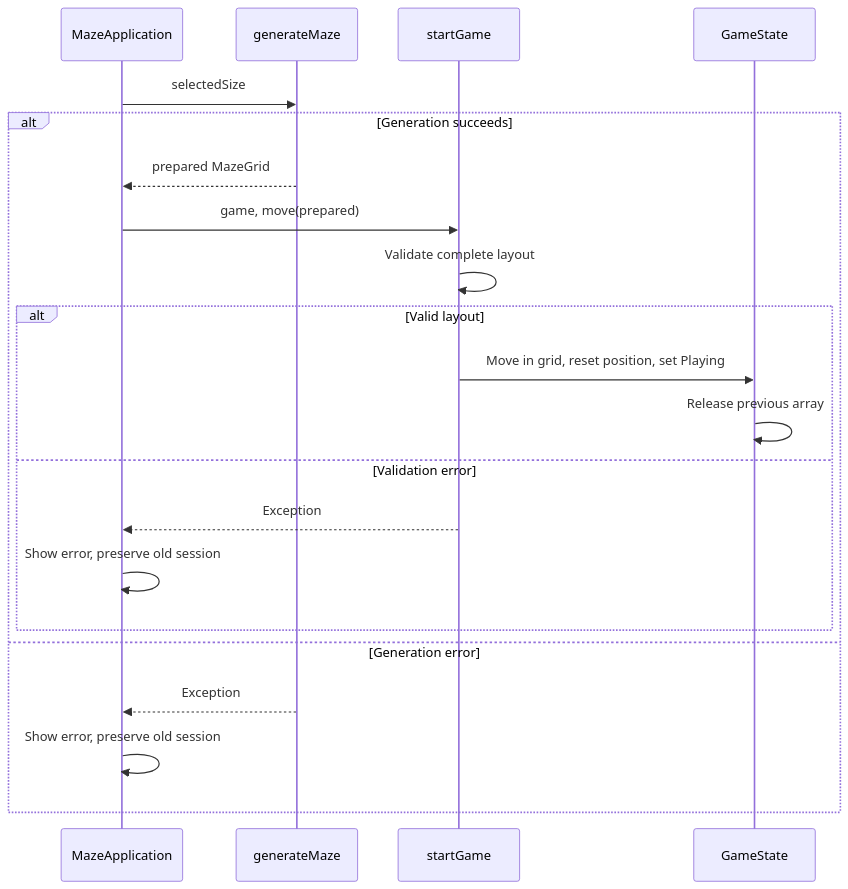
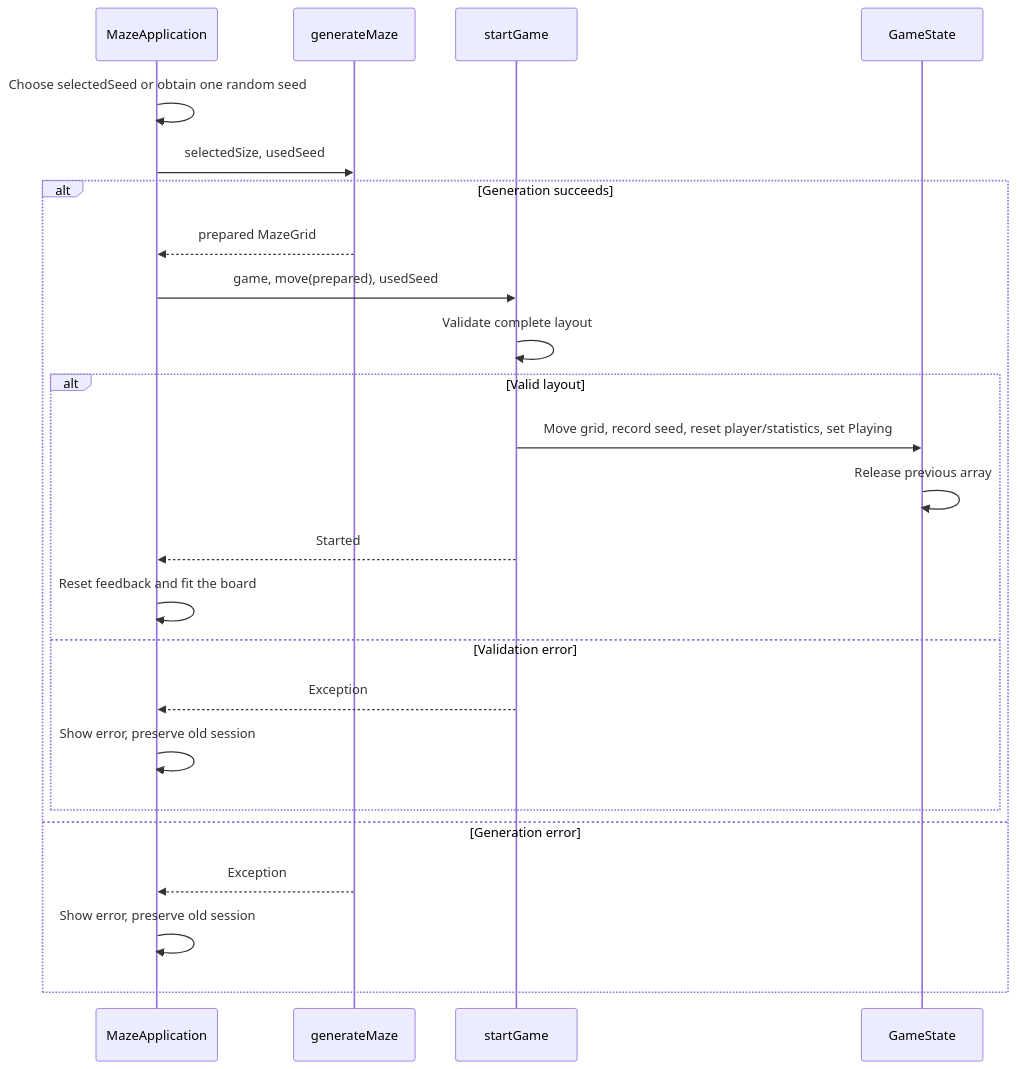
The third of 6 diagrams in docs/ALGORITHMS.md (RMKolibarov24/NXRP), drawn with Mermaid before and after one commit. The commit also changed other lines of this file and 5 other files, not shown here.

````diff
--- a/docs/ALGORITHMS.md
+++ b/docs/ALGORITHMS.md
@@ -59,23 +62,26 @@
 ```mermaid
 sequenceDiagram
     participant UI as MazeApplication
     participant Gen as generateMaze
     participant Rules as startGame
     participant State as GameState
-    UI->>Gen: selectedSize
+    UI->>UI: Choose selectedSeed or obtain one random seed
+    UI->>Gen: selectedSize, usedSeed
     alt Generation succeeds
         Gen-->>UI: prepared MazeGrid
-        UI->>Rules: game, move(prepared)
+        UI->>Rules: game, move(prepared), usedSeed
         Rules->>Rules: Validate complete layout
         alt Valid layout
-            Rules->>State: Move in grid, reset position, set Playing
+            Rules->>State: Move grid, record seed, reset player/statistics, set Playing
             State->>State: Release previous array
+            Rules-->>UI: Started
+            UI->>UI: Reset feedback and fit the board
         else Validation error
             Rules-->>UI: Exception
             UI->>UI: Show error, preserve old session
         end
     else Generation error
         Gen-->>UI: Exception
         UI->>UI: Show error, preserve old session
     end
 ```
````
